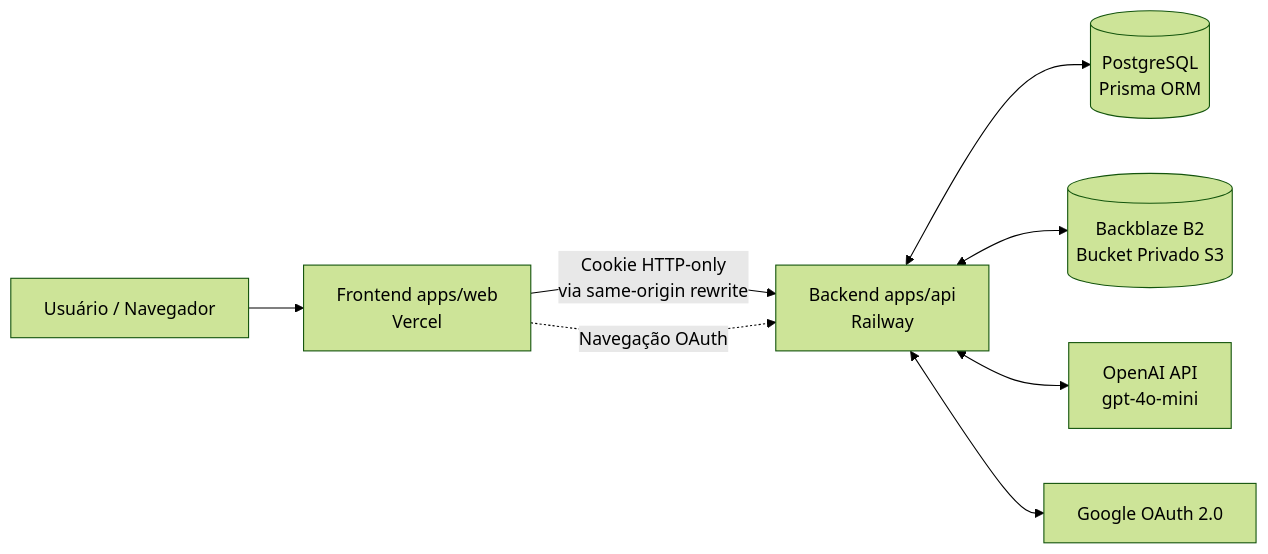
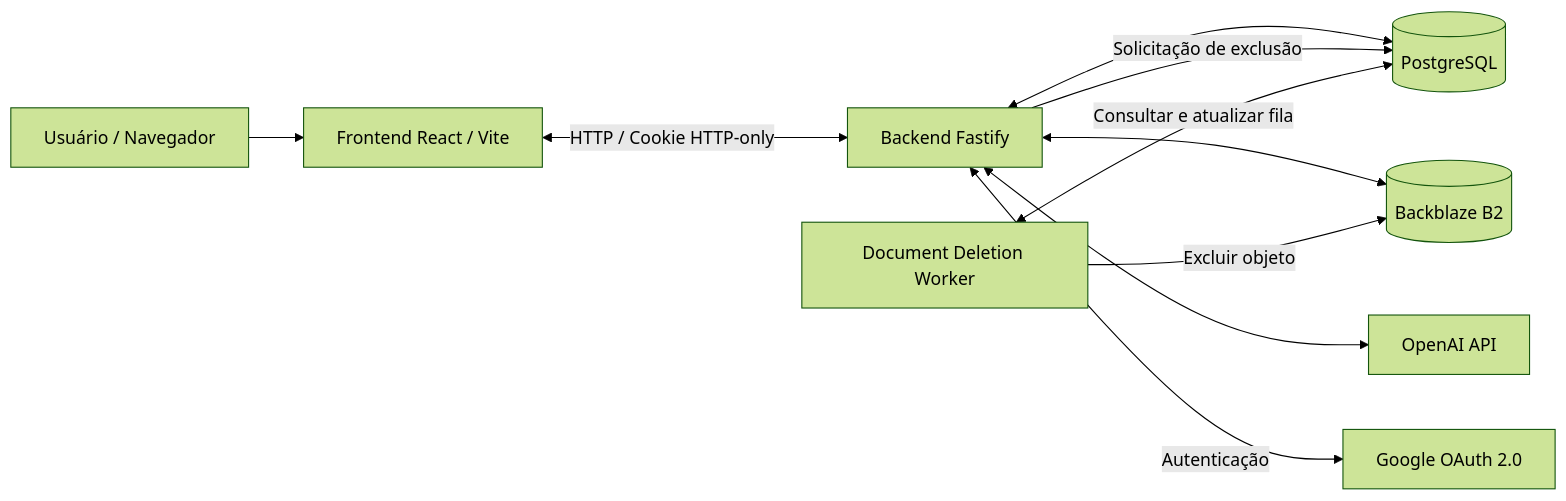
One commit to DevVitorlevi/doc-analyzer changed the diagram in README.md. Above: the diagram before and after it, drawn with Mermaid (forest theme). The commit also changed other lines of this file, not shown here.

````diff
--- a/README.md
+++ b/README.md
@@ -41,10 +87,21 @@
 ```mermaid
 flowchart LR
-    U[Usuário / Navegador] --> W[Frontend apps/web<br/>Vercel]
-    W -->|Cookie HTTP-only<br/>via same-origin rewrite| A[Backend apps/api<br/>Railway]
-    A <--> DB[(PostgreSQL<br/>Prisma ORM)]
-    A <--> B2[(Backblaze B2<br/>Bucket Privado S3)]
-    A <--> OAI[OpenAI API<br/>gpt-4o-mini]
-    W -.->|Navegação OAuth| A
-    A <--> G[Google OAuth 2.0]
+    U[Usuário / Navegador]
+    W[Frontend React / Vite]
+    A[Backend Fastify]
+    DB[(PostgreSQL)]
+    B2[(Backblaze B2)]
+    AI[OpenAI API]
+    G[Google OAuth 2.0]
+    Worker[Document Deletion Worker]
+
+    U --> W
+    W <-->|HTTP / Cookie HTTP-only| A
+    A <--> DB
+    A <--> B2
+    A <--> AI
+    A <-->|Autenticação| G
+    A -->|Solicitação de exclusão| DB
+    Worker <-->|Consultar e atualizar fila| DB
+    Worker -->|Excluir objeto| B2
 ```
````
